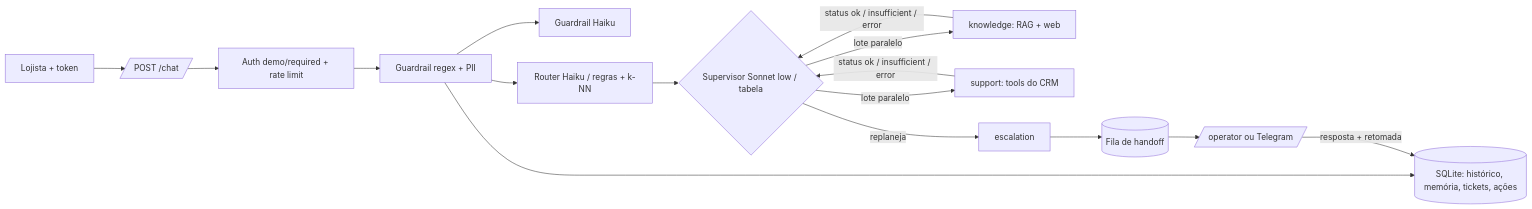
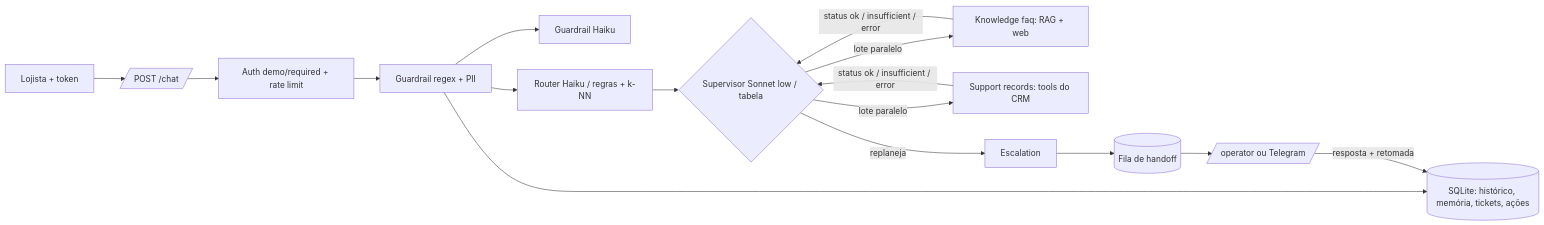
The diagram in README.md (maathmartins-ux/getnet-support-agents), drawn with Mermaid before and after one commit. The commit also changed other lines of this file and 1 other file, not shown here.

Commit message:
fork d: README e ARCHITECTURE alinhados à SPEC (agentes faq/records, taxonomia, 6 tools)

````diff
--- a/README.md
+++ b/README.md
@@ -84,10 +84,10 @@
 ```mermaid
 flowchart LR
   U[Lojista + token] --> API[/POST /chat/] --> RL[Auth demo/required + rate limit] --> G1[Guardrail regex + PII]
   G1 --> G2[Guardrail Haiku] & R[Router Haiku / regras + k-NN]
   G1 --> M[(SQLite: histórico, memória, tickets, ações)]
   R --> S{Supervisor Sonnet low / tabela}
-  S -->|lote paralelo| A1[knowledge: RAG + web] & A2[support: tools do CRM]
+  S -->|lote paralelo| A1[Knowledge faq: RAG + web] & A2[Support records: tools do CRM]
   A1 & A2 -->|status ok / insufficient / error| S
-  S -->|replaneja| E[escalation] --> Q[(Fila de handoff)] --> OP[/operator ou Telegram/] -->|resposta + retomada| M
+  S -->|replaneja| E[Escalation] --> Q[(Fila de handoff)] --> OP[/operator ou Telegram/] -->|resposta + retomada| M
 ```
````
